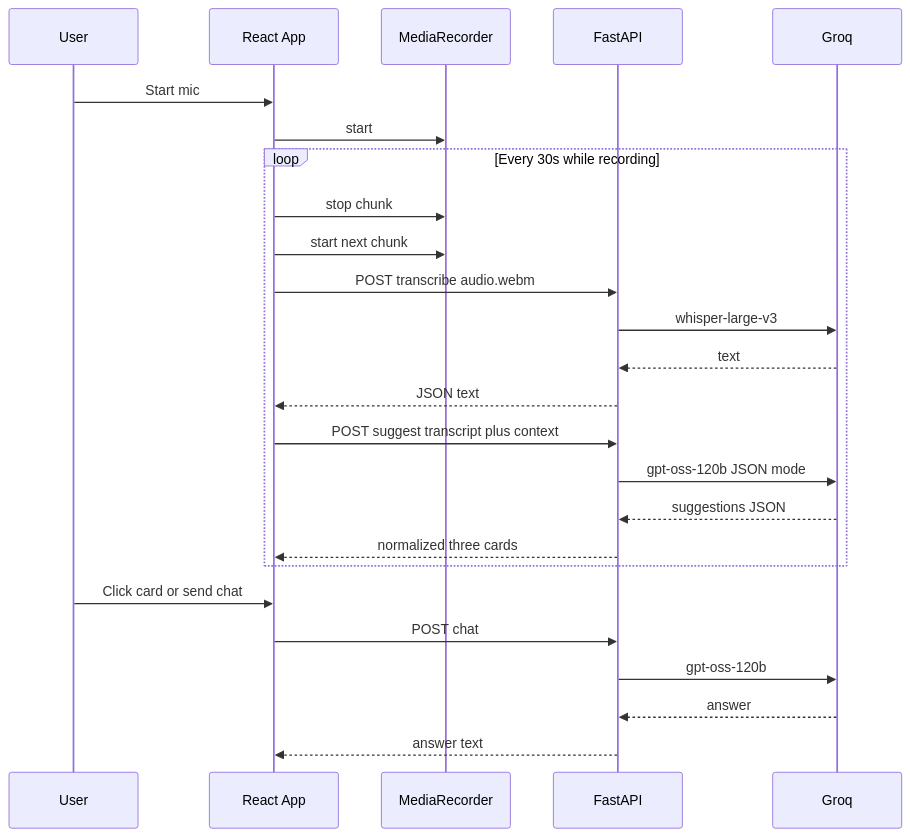
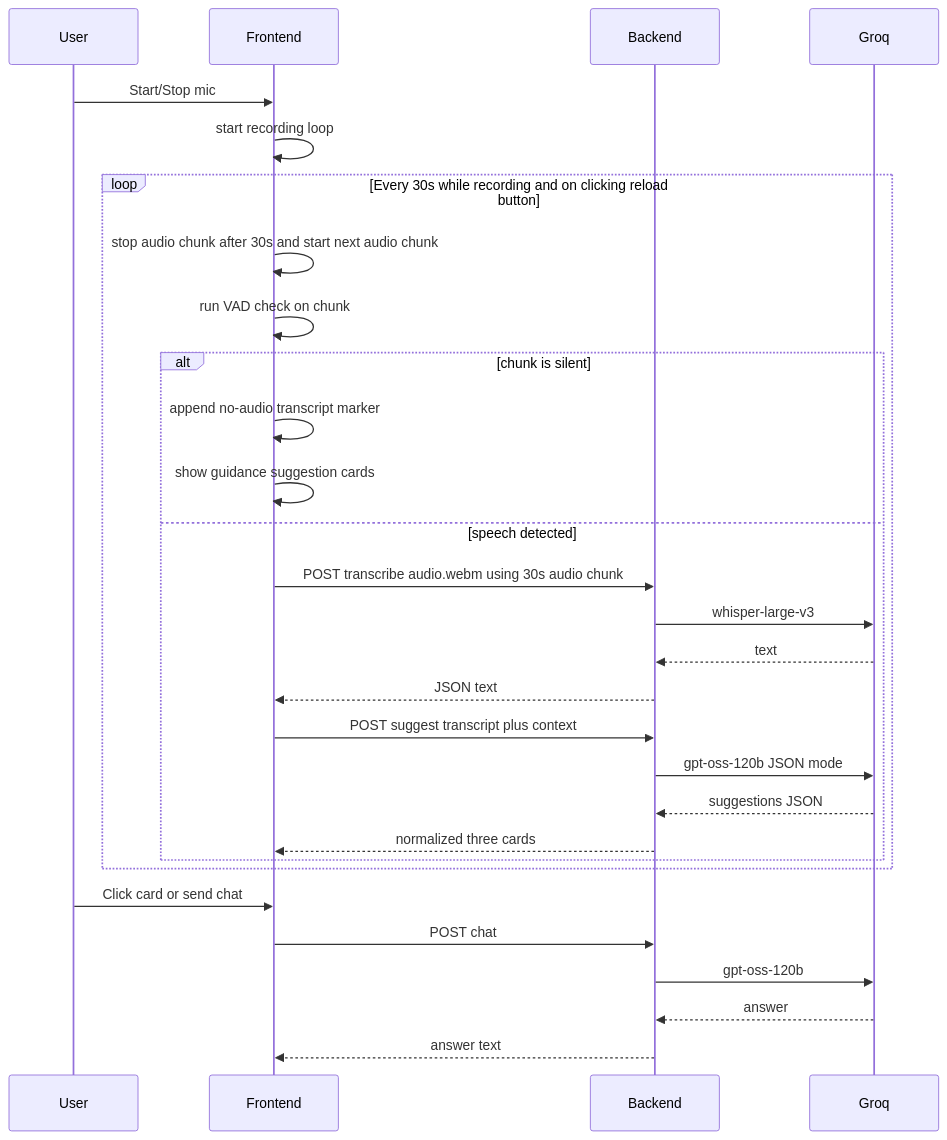
One commit to S-atvikSingh/TwinMind-Live-Copilot changed the second of 2 diagrams in README.md. Above: the diagram before and after it, drawn with Mermaid. The commit also changed other lines of this file and 4 other files, not shown here.

````diff
--- a/README.md
+++ b/README.md
@@ -156,28 +190,32 @@
 ```mermaid
 sequenceDiagram
   participant User
-  participant UI as React App
-  participant MR as MediaRecorder
-  participant API as FastAPI
+  participant UI as Frontend
+  participant API as Backend
   participant Groq as Groq
 
-  User->>UI: Start mic
-  UI->>MR: start
-  loop Every 30s while recording
-    UI->>MR: stop chunk
-    UI->>MR: start next chunk
-    UI->>API: POST transcribe audio.webm
+  User->>UI: Start/Stop mic
+  UI->>UI: start recording loop
+  loop Every 30s while recording and on clicking reload button
+    UI->>UI: stop audio chunk after 30s and start next audio chunk
+    UI->>UI: run VAD check on chunk 
+    alt chunk is silent
+      UI->>UI: append no-audio transcript marker
+      UI->>UI: show guidance suggestion cards
+    else speech detected
+      UI->>API: POST transcribe audio.webm using 30s audio chunk
     API->>Groq: whisper-large-v3
     Groq-->>API: text
     API-->>UI: JSON text
     UI->>API: POST suggest transcript plus context
     API->>Groq: gpt-oss-120b JSON mode
     Groq-->>API: suggestions JSON
     API-->>UI: normalized three cards
+    end
   end
   User->>UI: Click card or send chat
   UI->>API: POST chat
   API->>Groq: gpt-oss-120b
   Groq-->>API: answer
   API-->>UI: answer text
 ```
````
